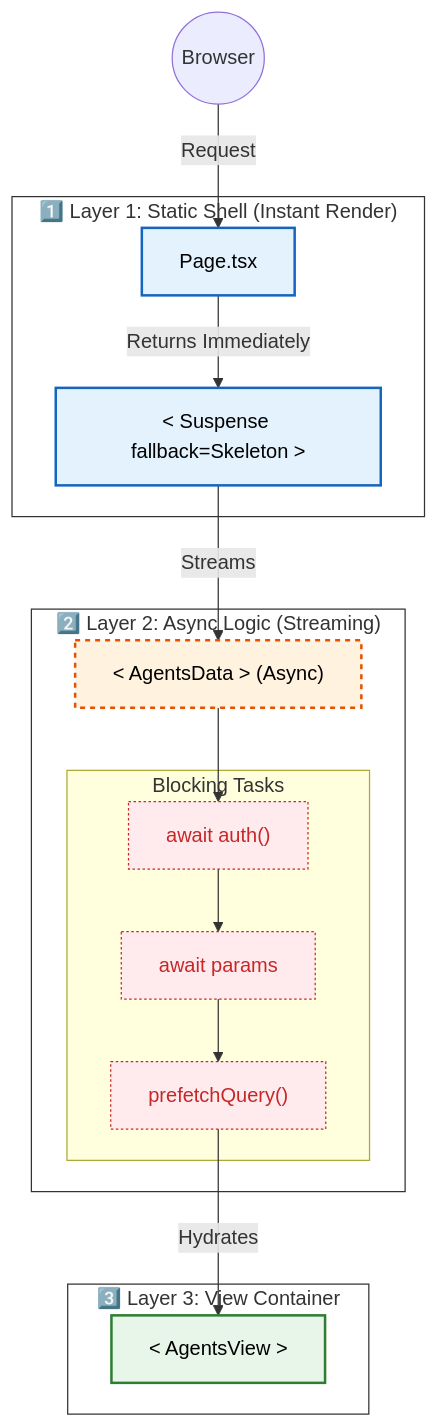
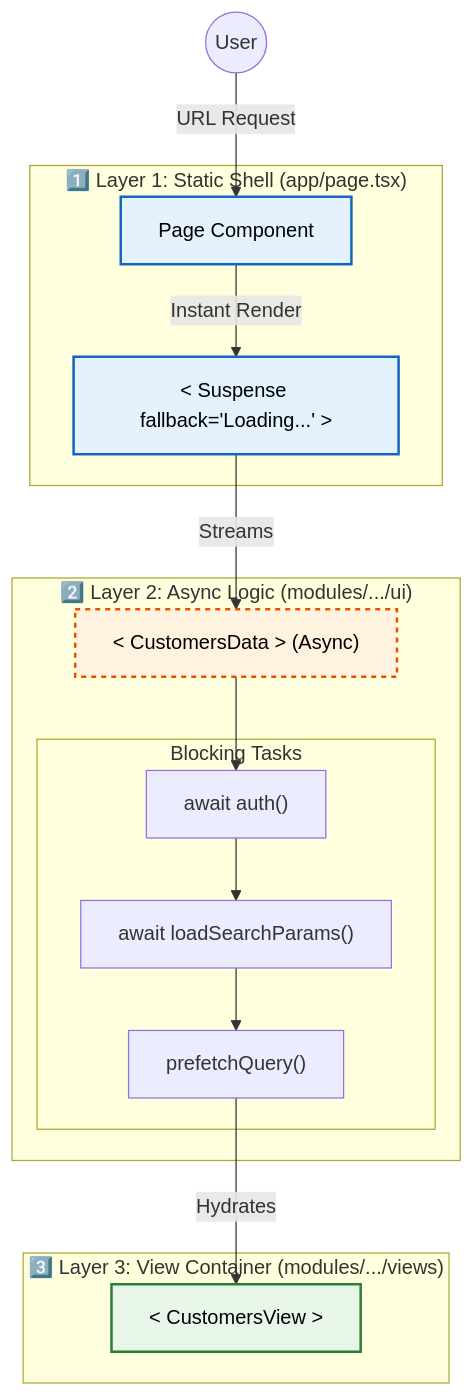
One commit to Lostovayne/scaffolding-next16-and-private-features changed the diagram in README.md. Above: the diagram before and after it, drawn with Mermaid. The commit also changed other lines of this file, not shown here.

Commit message:
docs: Expand README to detail Next.js 16 enterprise architecture, including project scaffolding, a 3-layer non-blocking flow, a step-by-step implementation guide, and architectural rules.

````diff
--- a/README.md
+++ b/README.md
@@ -9,49 +57,39 @@
 ```mermaid
 graph TD
-    %% Define Styles
+    %% Styling
     classDef shell fill:#e3f2fd,stroke:#1565c0,stroke-width:2px,color:black;
     classDef logic fill:#fff3e0,stroke:#e65100,stroke-width:2px,color:black,stroke-dasharray: 4 4;
     classDef view fill:#e8f5e9,stroke:#2e7d32,stroke-width:2px,color:black;
-    classDef blocked fill:#ffebee,stroke:#c62828,stroke-width:1px,color:#c62828,stroke-dasharray: 2 2;
 
     %% ENTRY
-    Browser((Browser)) --> |Request| Page
+    User((User)) --> |URL Request| Page
 
-    %% LAYER 1: STATIC SHELL
-    subgraph L1 ["1️⃣ Layer 1: Static Shell (Instant Render)"]
-        Page["Page.tsx"]:::shell
-        Suspense["< Suspense fallback=Skeleton >"]:::shell
-
-        Page --> |Returns Immediately| Suspense
+    %% LAYER 1
+    subgraph L1 ["1️⃣ Layer 1: Static Shell (app/page.tsx)"]
+        Page["Page Component"]:::shell
+        Suspense["< Suspense fallback='Loading...' >"]:::shell
+        Page --> |Instant Render| Suspense
     end
 
-    %% LAYER 2: LOGIC COMPONENT
-    subgraph L2 ["2️⃣ Layer 2: Async Logic (Streaming)"]
-        Logic["< AgentsData > (Async)"]:::logic
+    %% LAYER 2
+    subgraph L2 ["2️⃣ Layer 2: Async Logic (modules/.../ui)"]
+        Logic["< CustomersData > (Async)"]:::logic
 
-        %% The "Heavy" Lifting
         subgraph TASKS ["Blocking Tasks"]
-           Auth["await auth()"]:::blocked
-           Params["await params"]:::blocked
-           Fetch["prefetchQuery()"]:::blocked
+           Auth["await auth()"]
+           Params["await loadSearchParams()"]
+           Fetch["prefetchQuery()"]
         end
 
-        Logic --> Auth
-        Auth --> Params
-        Params --> Fetch
+        Logic --> Auth --> Params --> Fetch
     end
 
-    %% LAYER 3: VIEW
-    subgraph L3 ["3️⃣ Layer 3: View Container"]
-        View["< AgentsView >"]:::view
+    %% LAYER 3
+    subgraph L3 ["3️⃣ Layer 3: View Container (modules/.../views)"]
+        View["< CustomersView >"]:::view
     end
 
     %% Flow
     Suspense --> |Streams| Logic
     Fetch --> |Hydrates| View
-
-    %% Annotations
-    style L1 fill:white,stroke:#333
-    style L2 fill:white,stroke:#333
-    style L3 fill:white,stroke:#333
 ```
````
